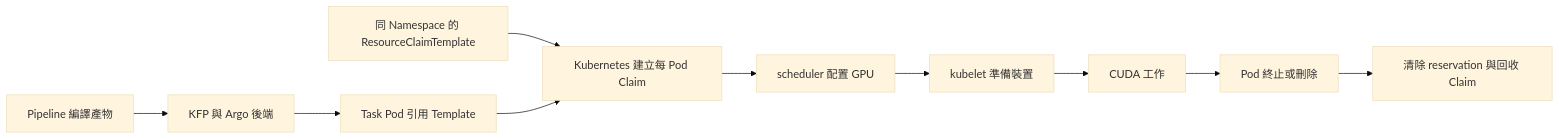
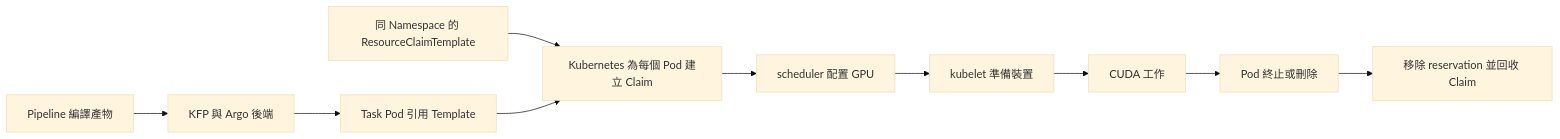
The first of 2 diagrams in book/06-heterogeneous/kubeflow.md (Daniel77871/dra-gpu-sharing-in-practice), drawn with Mermaid (base theme) before and after one commit. The commit also changed other lines of this file and 80 other files, not shown here.

````diff
--- a/book/06-heterogeneous/kubeflow.md
+++ b/book/06-heterogeneous/kubeflow.md
@@ -11,12 +11,12 @@
 ```mermaid
 flowchart LR
     P["Pipeline 編譯產物"] --> B["KFP 與 Argo 後端"]
     B --> T["Task Pod 引用 Template"]
-    R["同 Namespace 的 ResourceClaimTemplate"] --> C["Kubernetes 建立每 Pod Claim"]
+    R["同 Namespace 的 ResourceClaimTemplate"] --> C["Kubernetes 為每個 Pod 建立 Claim"]
     T --> C
     C --> S["scheduler 配置 GPU"]
     S --> K["kubelet 準備裝置"]
     K --> W["CUDA 工作"]
     W --> E["Pod 終止或刪除"]
-    E --> F["清除 reservation 與回收 Claim"]
+    E --> F["移除 reservation 並回收 Claim"]
 ```
````
